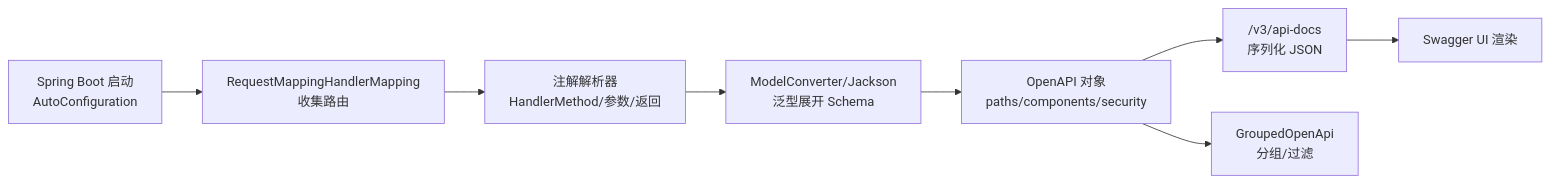
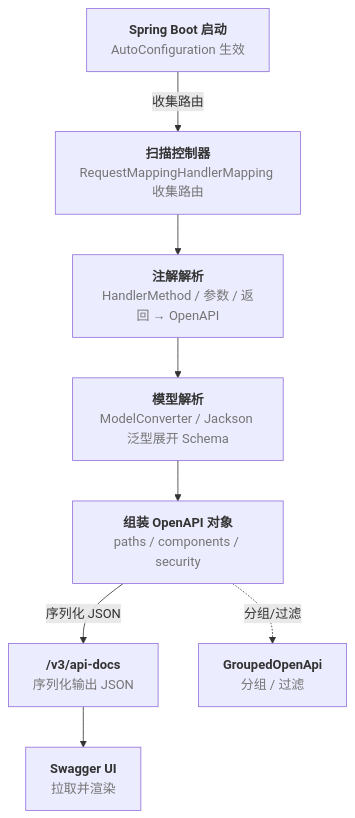
The diagram in Java/框架/springboot/16-SpringDoc与OpenAPI集成详解.md (plyrlub/notebook), drawn with Mermaid before and after one commit. The commit also changed other lines of this file and 24 other files, not shown here.

````diff
--- a/Java/框架/springboot/16-SpringDoc与OpenAPI集成详解.md
+++ b/Java/框架/springboot/16-SpringDoc与OpenAPI集成详解.md
@@ -88,11 +88,15 @@
 ```mermaid
-flowchart LR
-    B[Spring Boot 启动<br/>AutoConfiguration]
-    B --> H[RequestMappingHandlerMapping<br/>收集路由]
-    H --> P[注解解析器<br/>HandlerMethod/参数/返回]
-    P --> M[ModelConverter/Jackson<br/>泛型展开 Schema]
-    M --> O[OpenAPI 对象<br/>paths/components/security]
-    O --> D["/v3/api-docs<br/>序列化 JSON"]
-    D --> U[Swagger UI 渲染]
-    O --> G[GroupedOpenApi<br/>分组/过滤]
+flowchart TB
+    B["<b>Spring Boot 启动</b><br/><font color=#757575>AutoConfiguration 生效</font>"]
+    H["<b>扫描控制器</b><br/><font color=#757575>RequestMappingHandlerMapping 收集路由</font>"]
+    P["<b>注解解析</b><br/><font color=#757575>HandlerMethod / 参数 / 返回 → OpenAPI</font>"]
+    M["<b>模型解析</b><br/><font color=#757575>ModelConverter / Jackson 泛型展开 Schema</font>"]
+    O["<b>组装 OpenAPI 对象</b><br/><font color=#757575>paths / components / security</font>"]
+    D["<b>/v3/api-docs</b><br/><font color=#757575>序列化输出 JSON</font>"]
+    U["<b>Swagger UI</b><br/><font color=#757575>拉取并渲染</font>"]
+    G["<b>GroupedOpenApi</b><br/><font color=#757575>分组 / 过滤</font>"]
+
+    B -- "收集路由" --> H --> P --> M --> O
+    O -- "序列化 JSON" --> D --> U
+    O -. "分组/过滤" .-> G
 ```
````
